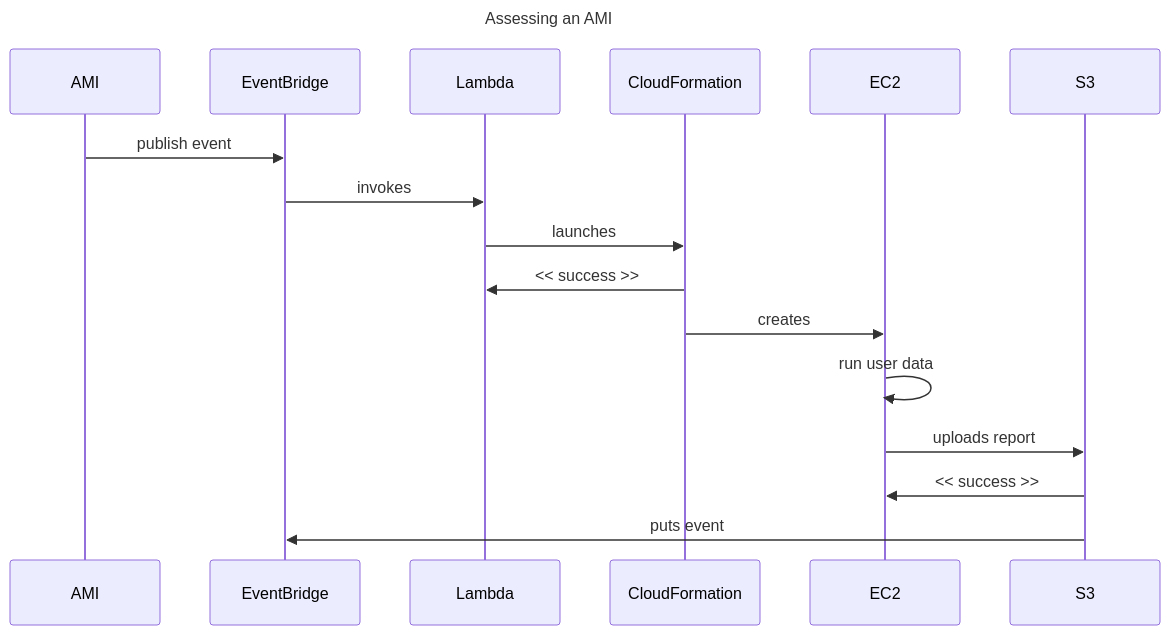
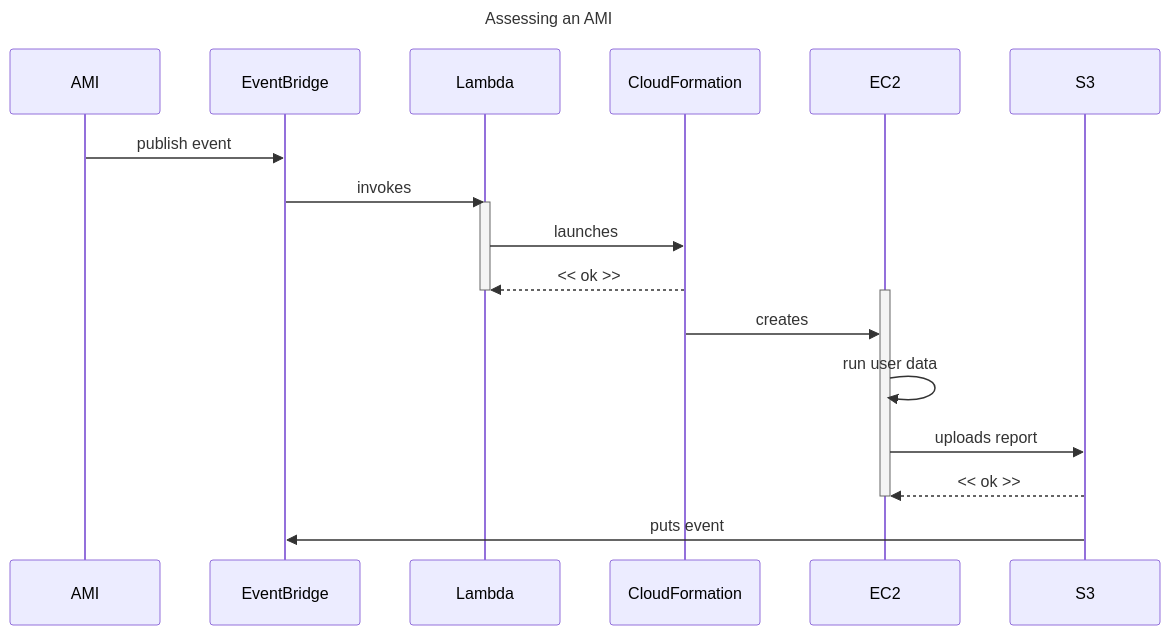
The first of 4 diagrams in README.md (scottbrown/hardtarget), drawn with Mermaid before and after one commit. The commit also changed other lines of this file, not shown here.

Commit message:
Fixing diagram

````diff
--- a/README.md
+++ b/README.md
@@ -30,21 +30,25 @@
 ```mermaid
 sequenceDiagram
   title Assessing an AMI
 
   participant AMI
   participant EB as EventBridge
   participant L as Lambda
   participant CFN as CloudFormation
   participant EC2
   participant S3
 
   AMI->>EB: publish event
   EB->>L: invokes
+  activate L
   L->>CFN: launches
-  CFN->>L: << success >>
+  CFN-->>L: << ok >>
+  deactivate L
+  activate EC2
   CFN->>EC2: creates
   EC2->>EC2: run user data
   EC2->>S3: uploads report
-  S3->>EC2: << success >>
+  S3-->>EC2: << ok >>
+  deactivate EC2
   S3->>EB: puts event
 ```
````
